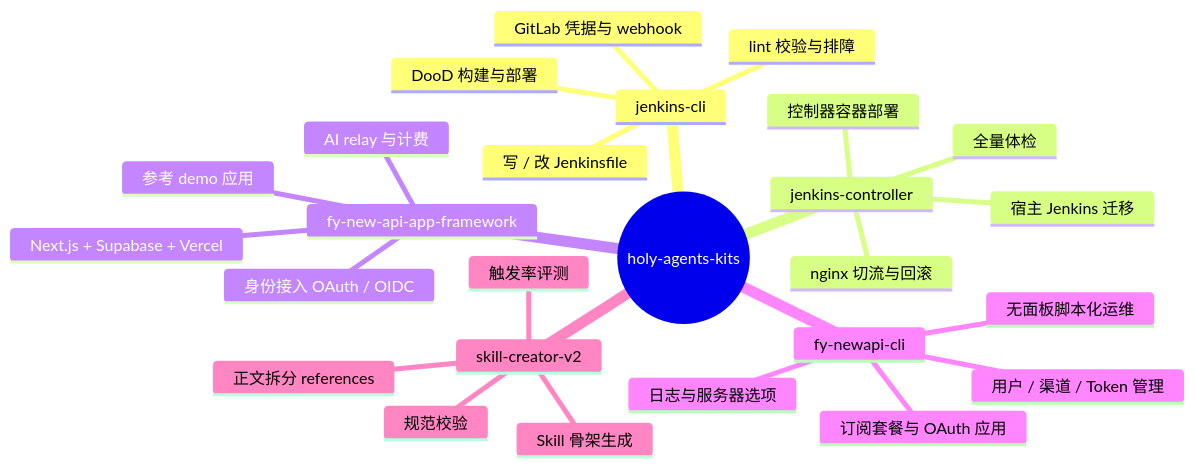
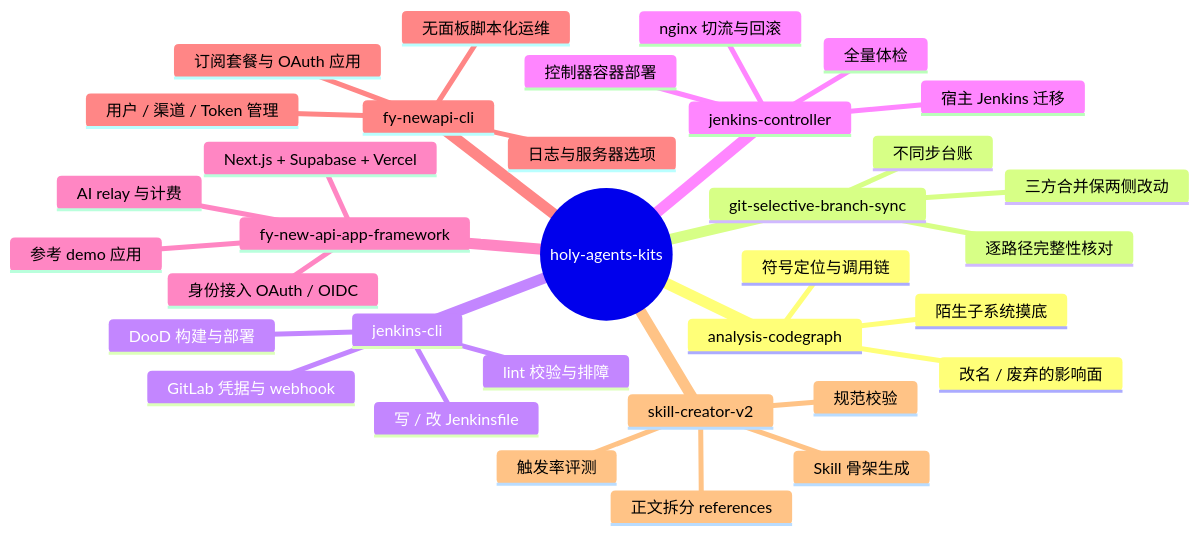
The diagram in README.md (monsterbude123/holy-agents-kits), drawn with Mermaid before and after one commit. The commit also changed other lines of this file and 27 other files, not shown here.

````diff
--- a/README.md
+++ b/README.md
@@ -13,29 +13,37 @@
 ```mermaid
 mindmap
   root((holy-agents-kits))
+    analysis-codegraph
+      符号定位与调用链
+      改名 / 废弃的影响面
+      陌生子系统摸底
+    git-selective-branch-sync
+      三方合并保两侧改动
+      不同步台账
+      逐路径完整性核对
     jenkins-cli
       写 / 改 Jenkinsfile
       DooD 构建与部署
       GitLab 凭据与 webhook
       lint 校验与排障
     jenkins-controller
       控制器容器部署
       宿主 Jenkins 迁移
       nginx 切流与回滚
       全量体检
     fy-new-api-app-framework
       身份接入 OAuth / OIDC
       AI relay 与计费
       Next.js + Supabase + Vercel
       参考 demo 应用
     fy-newapi-cli
       用户 / 渠道 / Token 管理
       日志与服务器选项
       订阅套餐与 OAuth 应用
       无面板脚本化运维
     skill-creator-v2
       Skill 骨架生成
       正文拆分 references
       规范校验
       触发率评测
 ```
````
